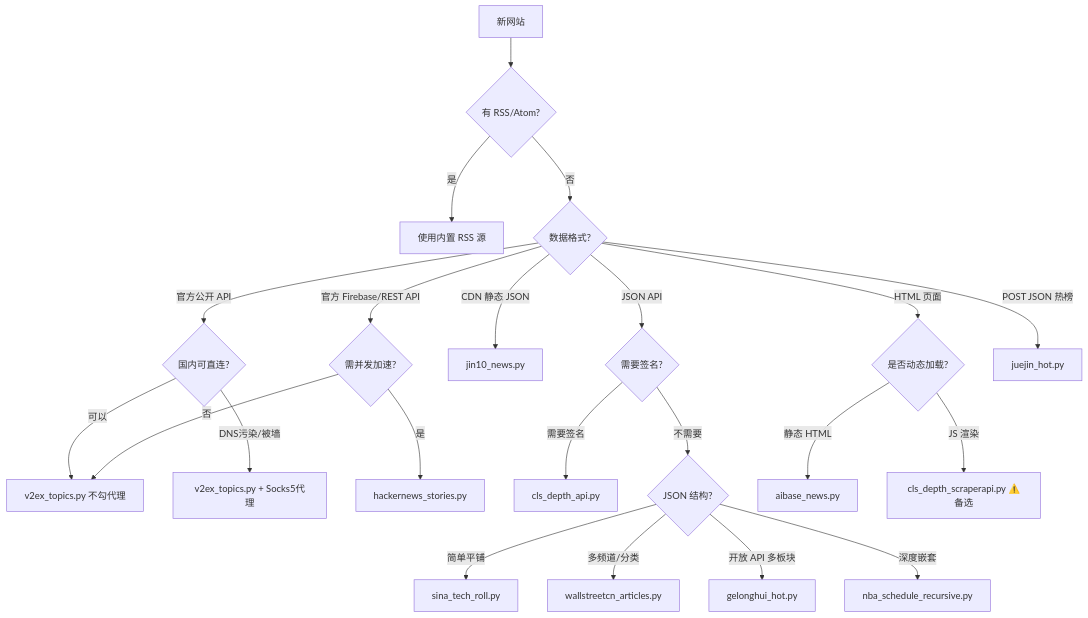
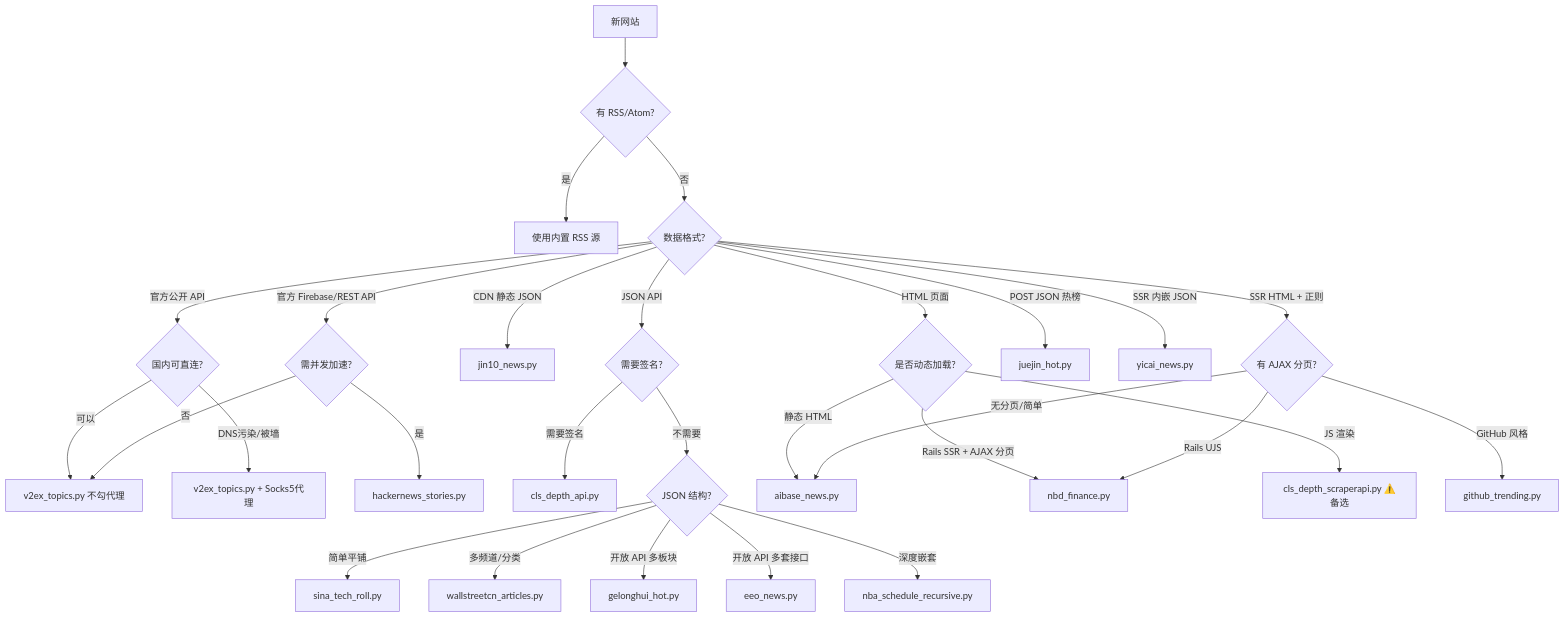
The diagram in .agent/skills/project/create-scraper/create-scraper-SKILL.md (sundt/TrendRadar-Plus), drawn with Mermaid before and after one commit. The commit also changed other lines of this file and 6 other files, not shown here.

````diff
--- a/.agent/skills/project/create-scraper/create-scraper-SKILL.md
+++ b/.agent/skills/project/create-scraper/create-scraper-SKILL.md
@@ -51,24 +63,31 @@
 ```mermaid
 flowchart TD
     Start[新网站] --> Q0{有 RSS/Atom?}
     Q0 -->|是| RSS[使用内置 RSS 源]
     Q0 -->|否| Q1{数据格式?}
     Q1 -->|JSON API| Q2{需要签名?}
     Q1 -->|HTML 页面| Q3{是否动态加载?}
     Q1 -->|CDN 静态 JSON| E6[jin10_news.py]
     Q1 -->|官方公开 API| Q5{国内可直连?}
     Q5 -->|可以| E7[v2ex_topics.py 不勾代理]
     Q5 -->|DNS污染/被墙| E7b[v2ex_topics.py + Socks5代理]
     Q1 -->|官方 Firebase/REST API| Q6{需并发加速?}
     Q6 -->|是| E10[hackernews_stories.py]
     Q6 -->|否| E7
     Q1 -->|POST JSON 热榜| E11[juejin_hot.py]
+    Q1 -->|SSR 内嵌 JSON| E15[yicai_news.py]
     Q2 -->|需要签名| E8[cls_depth_api.py]
     Q2 -->|不需要| Q4{JSON 结构?}
     Q4 -->|简单平铺| E1[sina_tech_roll.py]
     Q4 -->|多频道/分类| E2[wallstreetcn_articles.py]
     Q4 -->|开放 API 多板块| E9[gelonghui_hot.py]
+    Q4 -->|开放 API 多套接口| E14[eeo_news.py]
     Q4 -->|深度嵌套| E3[nba_schedule_recursive.py]
     Q3 -->|静态 HTML| E4[aibase_news.py]
+    Q3 -->|Rails SSR + AJAX 分页| E12[nbd_finance.py]
     Q3 -->|JS 渲染| E5[cls_depth_scraperapi.py ⚠️备选]
+    Q1 -->|SSR HTML + 正则| Q7{有 AJAX 分页?}
+    Q7 -->|Rails UJS| E12
+    Q7 -->|无分页/简单| E4
+    Q7 -->|GitHub 风格| E13[github_trending.py]
 ```
````
